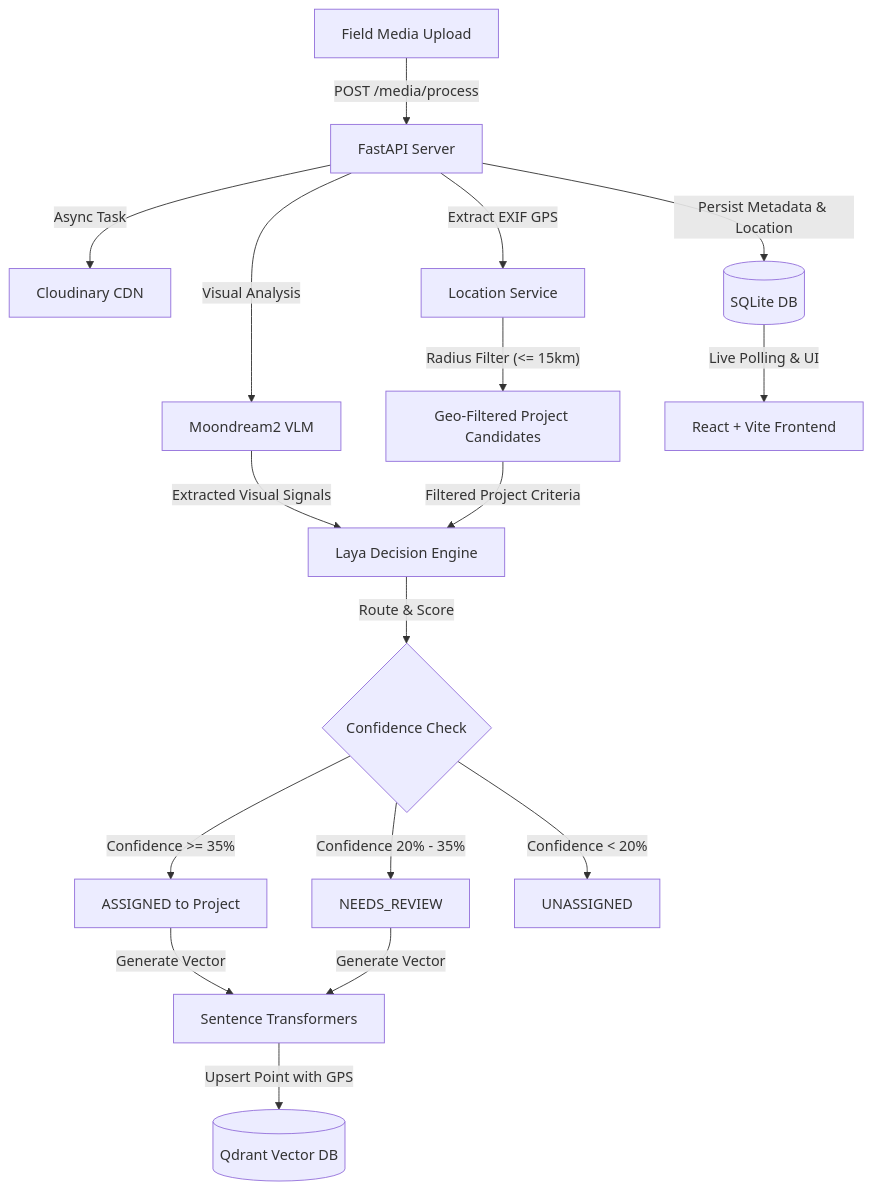
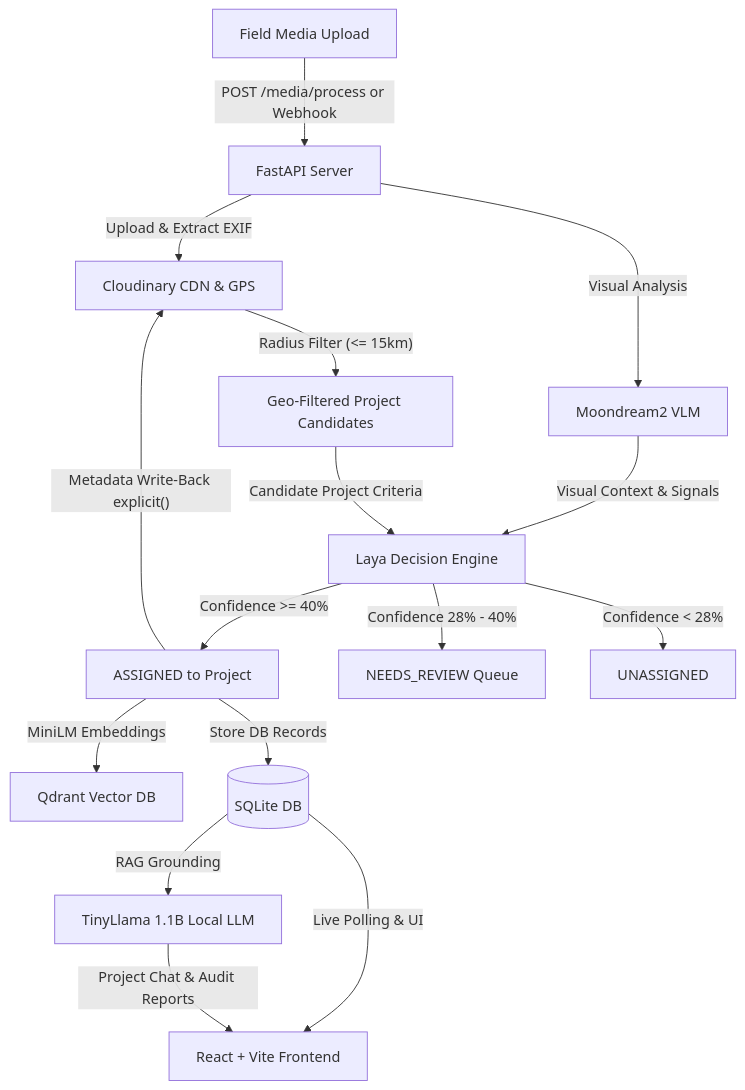
The diagram in README.md (JRiishi/MIRA--Multimodal-Intelligent-Retrieval-Analysis), drawn with Mermaid before and after one commit. The commit also changed other lines of this file and 5 other files, not shown here.

Commit message:
AI_CHAT upadated | Piepeline recheck|cloudinary features addon

````diff
--- a/README.md
+++ b/README.md
@@ -24,19 +28,18 @@
 ```mermaid
 graph TD
-    A["Field Media Upload"] -->|"POST /media/process"| B["FastAPI Server"]
-    B -->|"Async Task"| C["Cloudinary CDN"]
-    B -->|"Extract EXIF GPS"| D["Location Service"]
-    D -->|"Radius Filter (<= 15km)"| E["Geo-Filtered Project Candidates"]
-    B -->|"Visual Analysis"| F["Moondream2 VLM"]
-    F -->|"Extracted Visual Signals"| G["Laya Decision Engine"]
-    E -->|"Filtered Project Criteria"| G
-    G -->|"Route & Score"| H{"Confidence Check"}
-    H -->|"Confidence >= 35%"| I["ASSIGNED to Project"]
-    H -->|"Confidence 20% - 35%"| J["NEEDS_REVIEW"]
-    H -->|"Confidence < 20%"| K["UNASSIGNED"]
-    I -->|"Generate Vector"| L["Sentence Transformers"]
-    J -->|"Generate Vector"| L
-    L -->|"Upsert Point with GPS"| M[("Qdrant Vector DB")]
-    B -->|"Persist Metadata & Location"| N[("SQLite DB")]
-    N -->|"Live Polling & UI"| O["React + Vite Frontend"]
+    A["Field Media Upload"] -->|"POST /media/process or Webhook"| B["FastAPI Server"]
+    B -->|"Upload & Extract EXIF"| C["Cloudinary CDN & GPS"]
+    C -->|"Radius Filter (<= 15km)"| D["Geo-Filtered Project Candidates"]
+    B -->|"Visual Analysis"| E["Moondream2 VLM"]
+    E -->|"Visual Context & Signals"| F["Laya Decision Engine"]
+    D -->|"Candidate Project Criteria"| F
+    F -->|"Confidence >= 40%"| G["ASSIGNED to Project"]
+    F -->|"Confidence 28% - 40%"| H["NEEDS_REVIEW Queue"]
+    F -->|"Confidence < 28%"| I["UNASSIGNED"]
+    G -->|"Metadata Write-Back explicit()"| C
+    G -->|"MiniLM Embeddings"| J["Qdrant Vector DB"]
+    G -->|"Store DB Records"| K[("SQLite DB")]
+    K -->|"RAG Grounding"| L["TinyLlama 1.1B Local LLM"]
+    K -->|"Live Polling & UI"| M["React + Vite Frontend"]
+    L -->|"Project Chat & Audit Reports"| M
 ```
````
